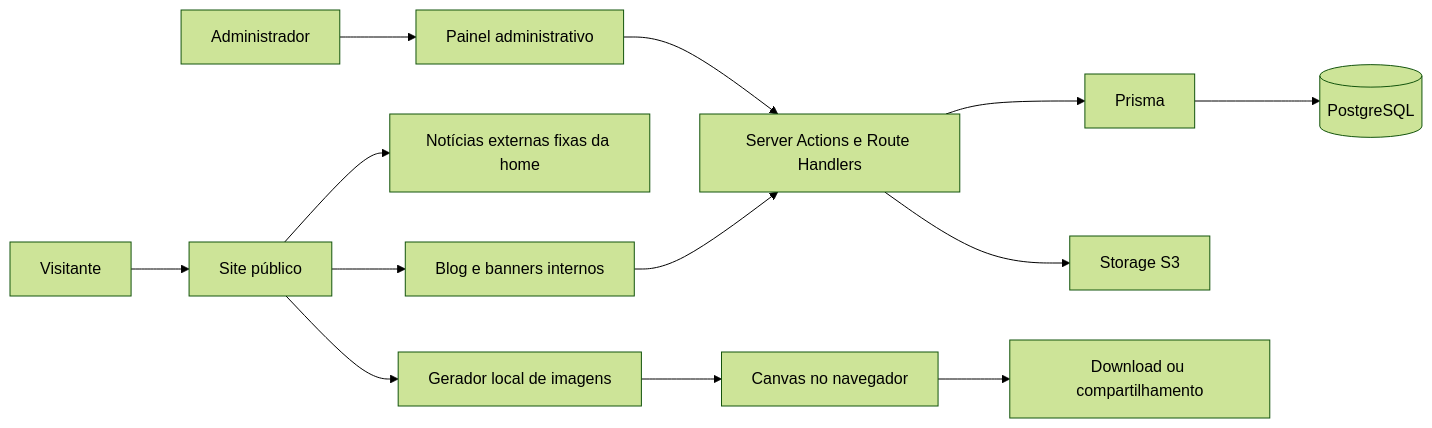
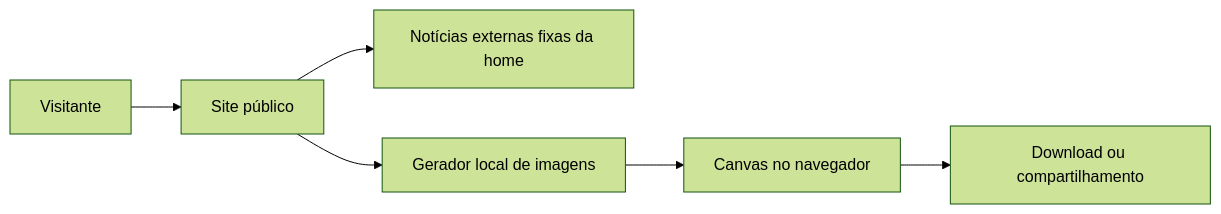
The diagram in docs/02-arquitetura.md (progjaoo/site-edson-campanha), drawn with Mermaid (forest theme) before and after one commit. The commit also changed other lines of this file and 47 other files, not shown here.

````diff
--- a/docs/02-arquitetura.md
+++ b/docs/02-arquitetura.md
@@ -9,15 +9,8 @@
 ```mermaid
 flowchart LR
     V[Visitante] --> P[Site público]
-    A[Administrador] --> AD[Painel administrativo]
     P --> E[Notícias externas fixas da home]
-    P --> B[Blog e banners internos]
     P --> G[Gerador local de imagens]
-    AD --> API[Server Actions e Route Handlers]
-    B --> API
-    API --> PR[Prisma]
-    PR --> DB[(PostgreSQL)]
-    API --> ST[Storage S3]
     G --> CV[Canvas no navegador]
     CV --> DL[Download ou compartilhamento]
 ```
````
